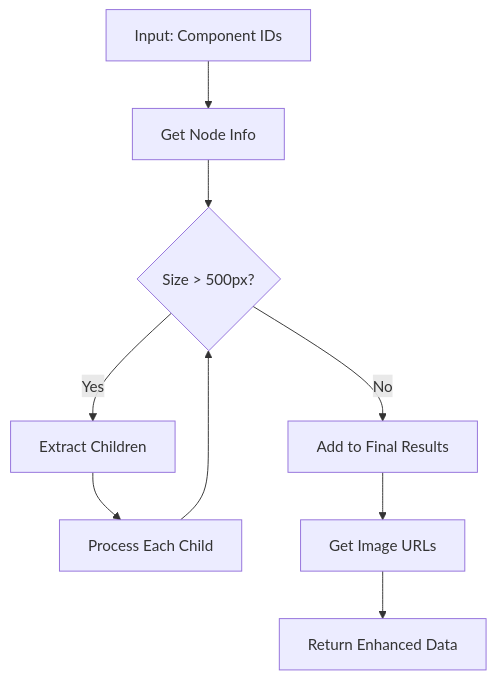
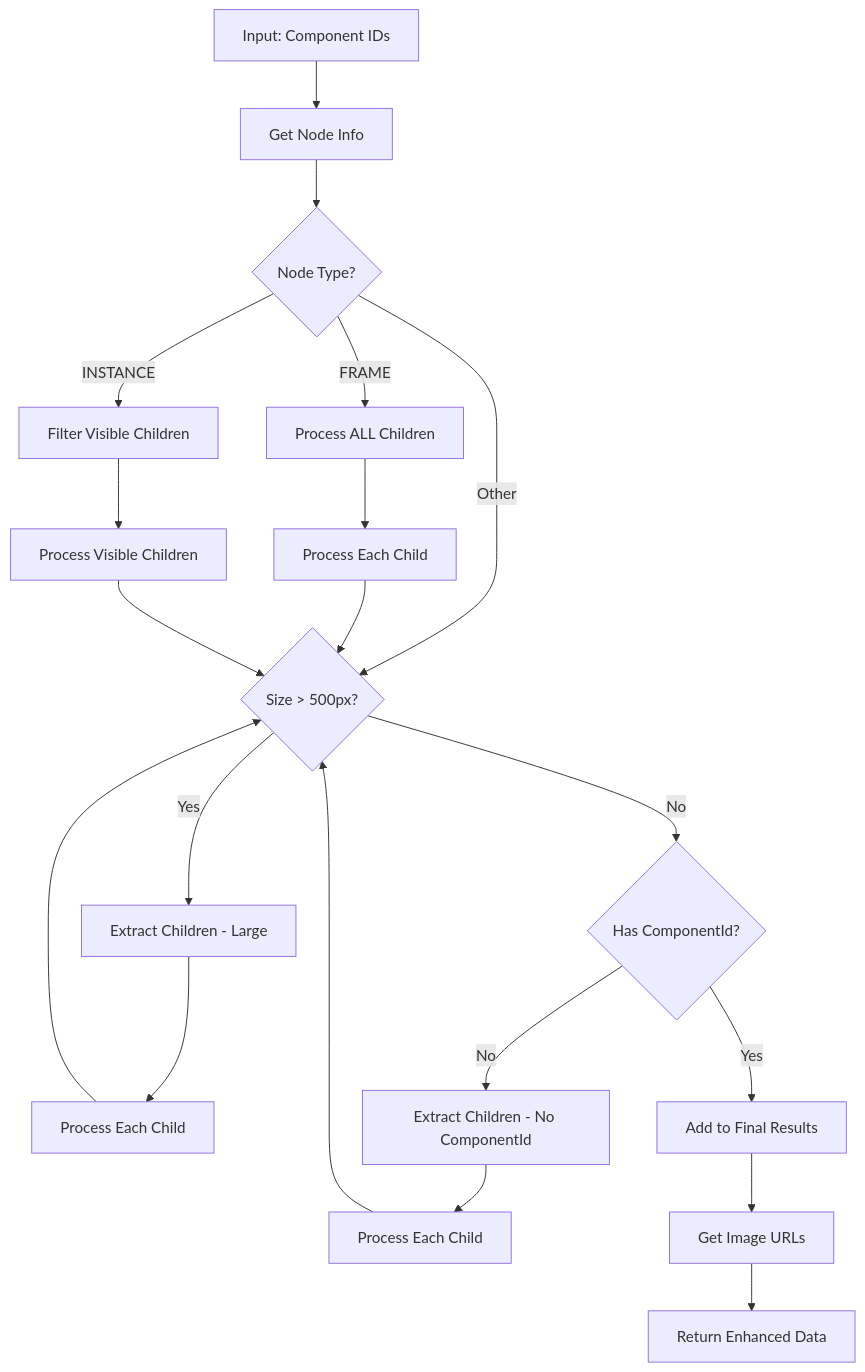
One commit to levietanh1809/TEST-HELPER-API-BE changed the diagram in docs/FIGMA_INTEGRATION.md. Above: the diagram before and after it, drawn with Mermaid. The commit also changed other lines of this file and 3 other files, not shown here.

````diff
--- a/docs/FIGMA_INTEGRATION.md
+++ b/docs/FIGMA_INTEGRATION.md
@@ -55,11 +130,22 @@
 ```mermaid
 graph TD
     A[Input: Component IDs] --> B[Get Node Info]
-    B --> C{Size > 500px?}
-    C -->|Yes| D[Extract Children]
-    C -->|No| E[Add to Final Results]
-    D --> F[Process Each Child]
-    F --> C
-    E --> G[Get Image URLs]
-    G --> H[Return Enhanced Data]
+    B --> C{Node Type?}
+    C -->|FRAME| D[Process ALL Children]
+    C -->|INSTANCE| E[Filter Visible Children]
+    C -->|Other| F{Size > 500px?}
+    D --> G[Process Each Child]
+    E --> H[Process Visible Children]
+    G --> F
+    H --> F
+    F -->|Yes| I[Extract Children - Large]
+    F -->|No| J{Has ComponentId?}
+    I --> K[Process Each Child]
+    K --> F
+    J -->|No| L[Extract Children - No ComponentId]
+    J -->|Yes| M[Add to Final Results]
+    L --> N[Process Each Child]
+    N --> F
+    M --> O[Get Image URLs]
+    O --> P[Return Enhanced Data]
 ```
````
